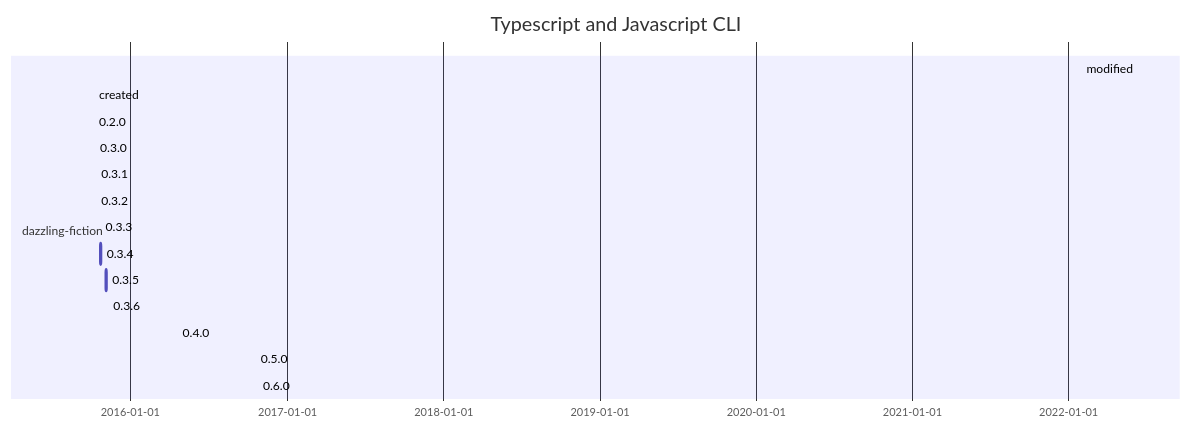
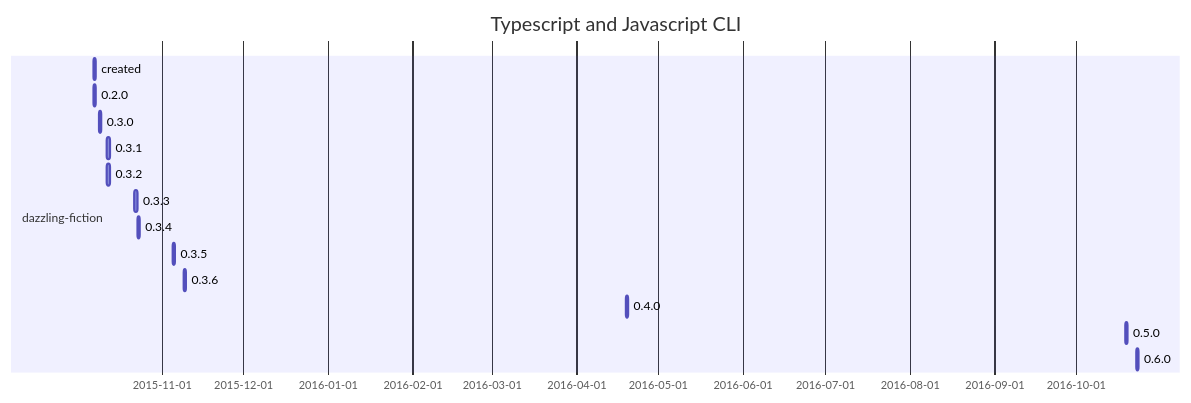
One commit to flarebyte/overview changed the fourth of 4 diagrams in SOFTWARE-TIMELINE.md. Above: the diagram before and after it, drawn with Mermaid. The commit also changed other lines of this file and 1 other file, not shown here.

````diff
--- a/SOFTWARE-TIMELINE.md
+++ b/SOFTWARE-TIMELINE.md
@@ -233,21 +215,20 @@
 ```mermaid
 gantt
     title Typescript and Javascript CLI
     dateFormat  YYYY-MM-DD
 
     section dazzling-fiction
-    modified:, 2022-06-14, 1d
     created:, 2015-10-07, 1d
     0.2.0:, 2015-10-07, 1d
     0.3.0:, 2015-10-09, 1d
     0.3.1:, 2015-10-12, 1d
     0.3.2:, 2015-10-12, 1d
     0.3.3:, 2015-10-22, 1d
     0.3.4:, 2015-10-23, 1d
     0.3.5:, 2015-11-05, 1d
     0.3.6:, 2015-11-09, 1d
     0.4.0:, 2016-04-19, 1d
     0.5.0:, 2016-10-19, 1d
     0.6.0:, 2016-10-23, 1d
 
 ```
````
